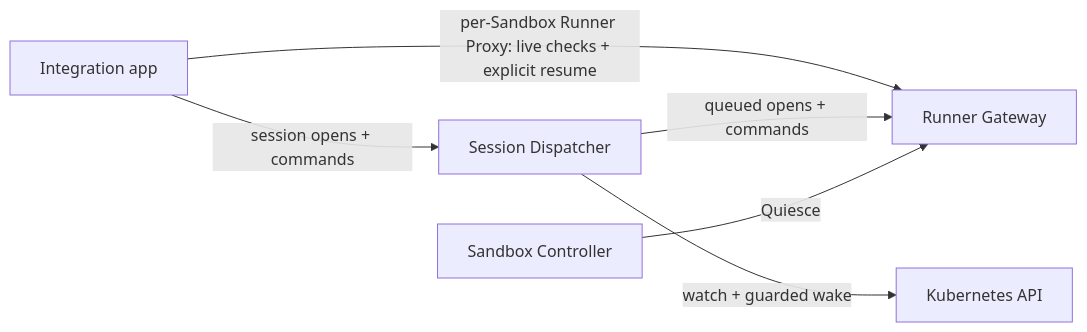
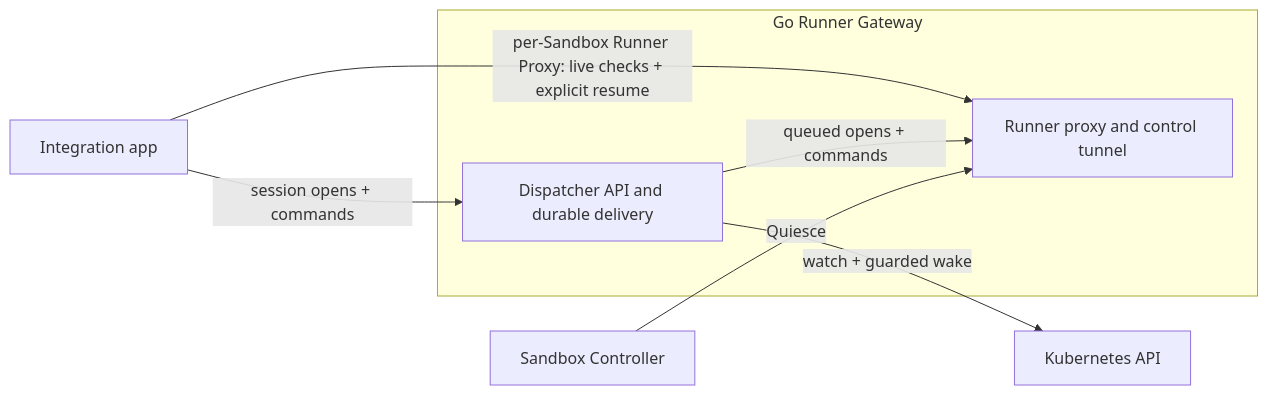
Before and after one commit to agentydragon-agent/ducktape: the second of 6 diagrams in agentplane/README.md, drawn with Mermaid. The commit also changed other lines of this file and 136 other files, not shown here.

````diff
--- a/agentplane/README.md
+++ b/agentplane/README.md
@@ -131,13 +126,15 @@
 ```mermaid
 flowchart LR
     app[Integration app]
-    dispatcher[Session Dispatcher]
-    gateway[Runner Gateway]
+    subgraph unified[Go Runner Gateway]
+        dispatcher[Dispatcher API and durable delivery]
+        gateway[Runner proxy and control tunnel]
+    end
     sandboxctl[Sandbox Controller]
     k8s[Kubernetes API]
     app -->|session opens + commands| dispatcher
     app -->|per-Sandbox Runner Proxy: live checks + explicit resume| gateway
     dispatcher -->|queued opens + commands| gateway
     sandboxctl -->|Quiesce| gateway
     dispatcher -->|watch + guarded wake| k8s
 ```
````
